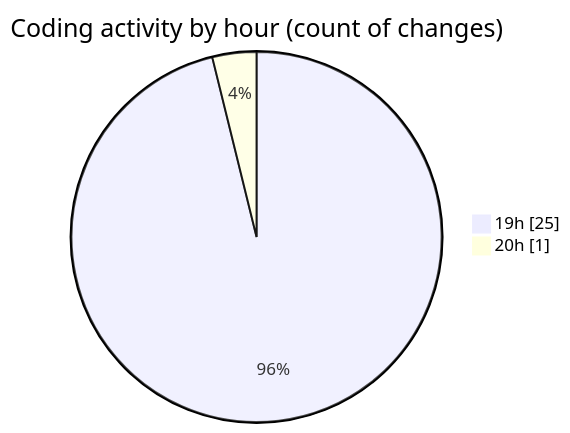
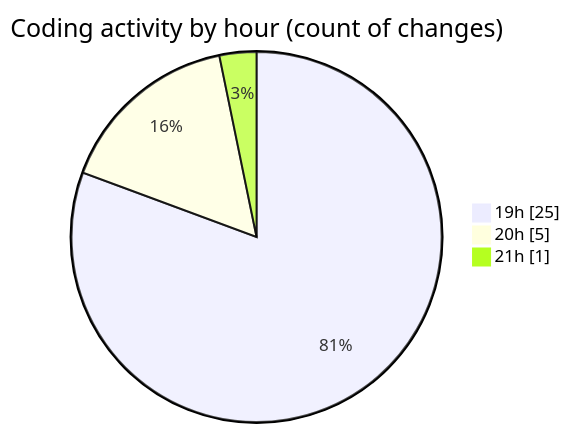
One commit to momahboobian/code-tracking changed the second of 2 diagrams in 2025-02-28/cda/README.md. Above: the diagram before and after it, drawn with Mermaid. The commit also changed other lines of this file and 1 other file, not shown here.

````diff
--- a/2025-02-28/cda/README.md
+++ b/2025-02-28/cda/README.md
@@ -33,6 +34,7 @@
 ```mermaid
 pie showData
 title Coding activity by hour (count of changes)
 "19h" : 25
-"20h" : 1
+"20h" : 5
+"21h" : 1
 ```
````
